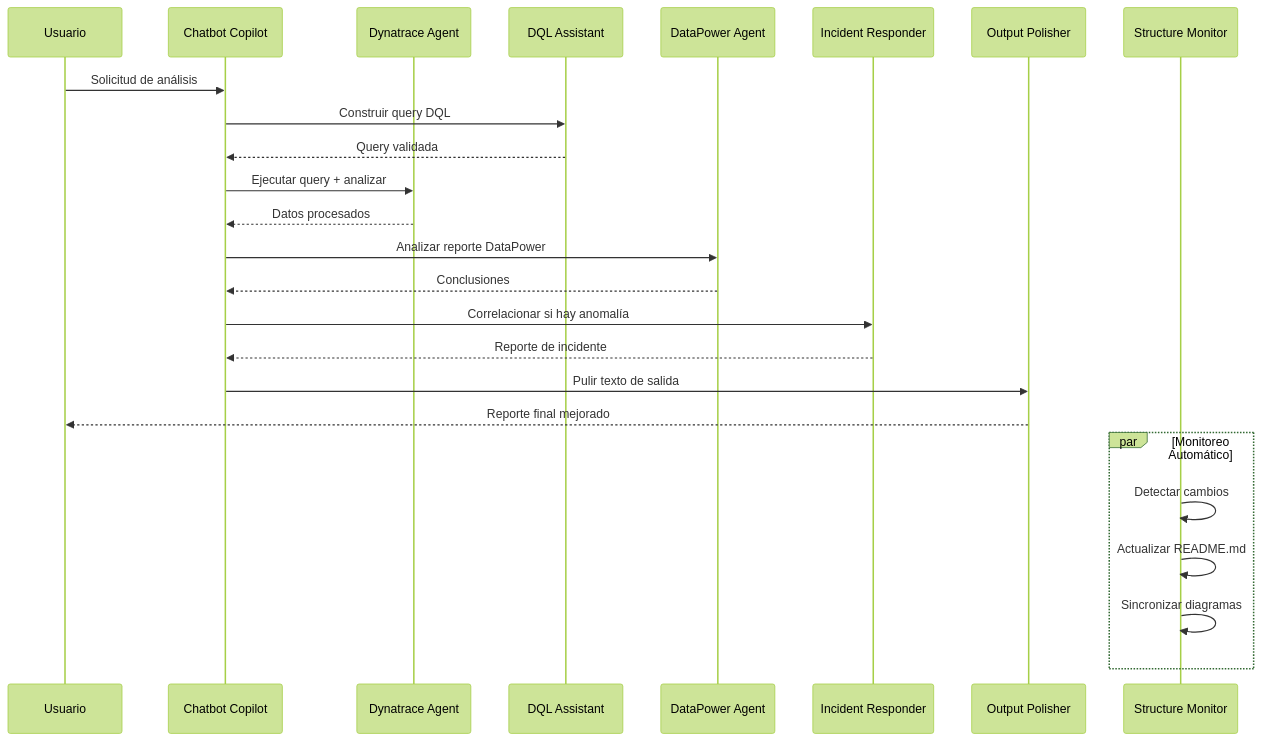
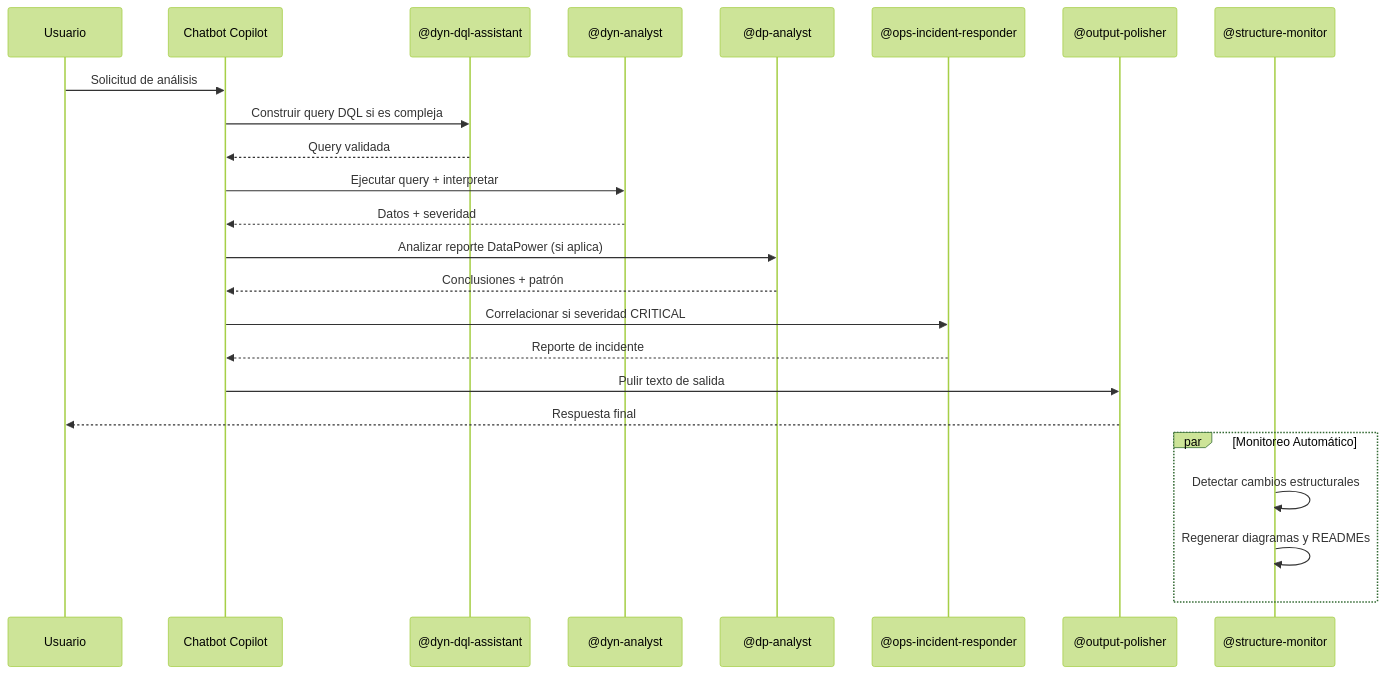
One commit to johansparra/ai-carib-intelligence-agent changed the second of 2 diagrams in README.md. Above: the diagram before and after it, drawn with Mermaid (forest theme). The commit also changed other lines of this file and 3 other files, not shown here.

First line of the commit message:
docs: sync README.md diagrams and project references

````diff
--- a/README.md
+++ b/README.md
@@ -69,29 +77,28 @@
 ```mermaid
 sequenceDiagram
-    participant User as Usuario
-    participant Chatbot as Chatbot Copilot
-    participant DN as Dynatrace Agent
-    participant DQL as DQL Assistant
-    participant DP as DataPower Agent
-    participant IR as Incident Responder
-    participant OP as Output Polisher
-    participant SM as Structure Monitor
+    participant U as Usuario
+    participant C as Chatbot Copilot
+    participant DQL as @dyn-dql-assistant
+    participant DN as @dyn-analyst
+    participant DP as @dp-analyst
+    participant IR as @ops-incident-responder
+    participant OP as @output-polisher
+    participant SM as @structure-monitor
 
-    User->>Chatbot: Solicitud de análisis
-    Chatbot->>DQL: Construir query DQL
-    DQL-->>Chatbot: Query validada
-    Chatbot->>DN: Ejecutar query + analizar
-    DN-->>Chatbot: Datos procesados
-    Chatbot->>DP: Analizar reporte DataPower
-    DP-->>Chatbot: Conclusiones
-    Chatbot->>IR: Correlacionar si hay anomalía
-    IR-->>Chatbot: Reporte de incidente
-    Chatbot->>OP: Pulir texto de salida
-    OP-->>User: Reporte final mejorado
+    U->>C: Solicitud de análisis
+    C->>DQL: Construir query DQL si es compleja
+    DQL-->>C: Query validada
+    C->>DN: Ejecutar query + interpretar
+    DN-->>C: Datos + severidad
+    C->>DP: Analizar reporte DataPower (si aplica)
+    DP-->>C: Conclusiones + patrón
+    C->>IR: Correlacionar si severidad CRITICAL
+    IR-->>C: Reporte de incidente
+    C->>OP: Pulir texto de salida
+    OP-->>U: Respuesta final
 
     par Monitoreo Automático
-        SM->>SM: Detectar cambios
-        SM->>SM: Actualizar README.md
-        SM->>SM: Sincronizar diagramas
+        SM->>SM: Detectar cambios estructurales
+        SM->>SM: Regenerar diagramas y READMEs
     end
 ```
````
